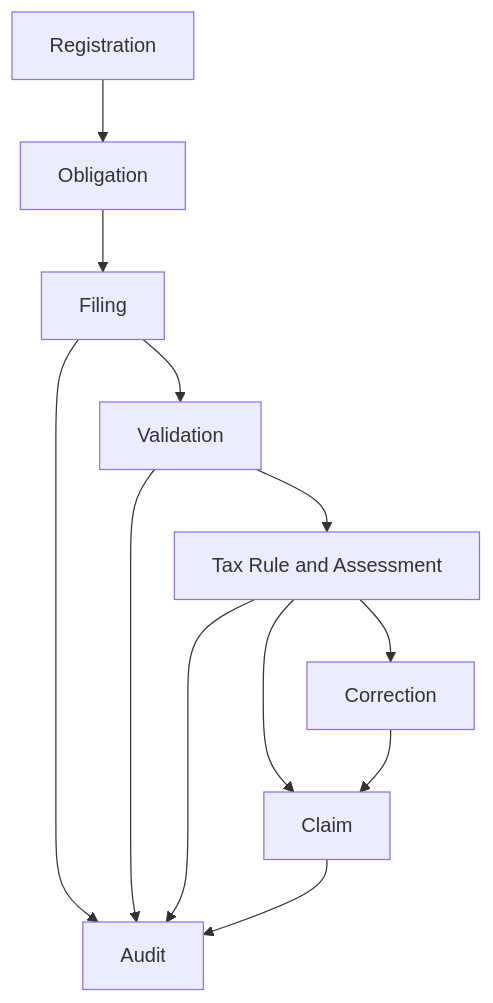
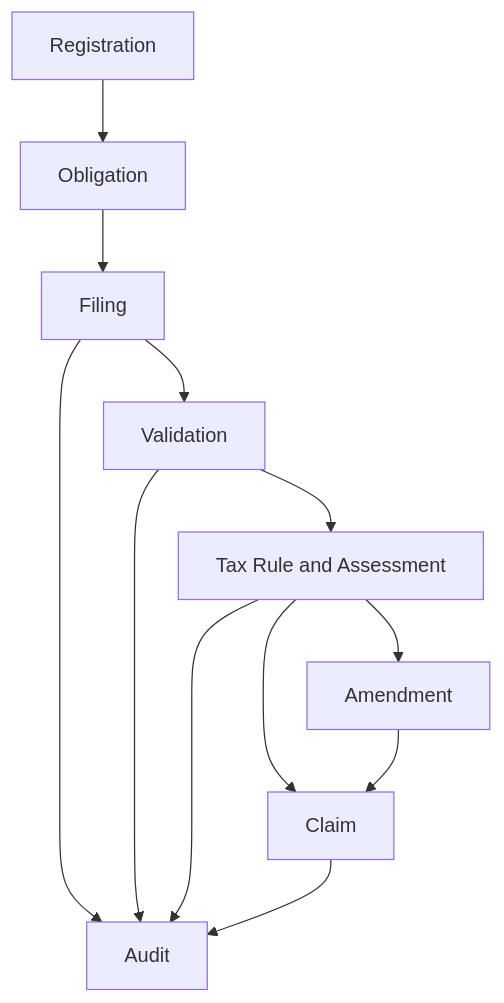
One commit to nc-tbi/VATRI-Codex changed the second of 3 diagrams in architecture/01-target-architecture-blueprint.md. Above: the diagram before and after it, drawn with Mermaid. The commit also changed other lines of this file and 38 other files, not shown here.

Commit message:
Rename correction terminology to amendment and add compatibility alias

````diff
--- a/architecture/01-target-architecture-blueprint.md
+++ b/architecture/01-target-architecture-blueprint.md
@@ -39,14 +39,14 @@
 ```mermaid
 flowchart TB
 R[Registration] --> O[Obligation]
 O --> F[Filing]
 F --> V[Validation]
 V --> T[Tax Rule and Assessment]
-T --> C[Correction]
+T --> C[Amendment]
 T --> L[Claim]
 C --> L
 F --> A[Audit]
 V --> A
 T --> A
 L --> A
 ```
````
